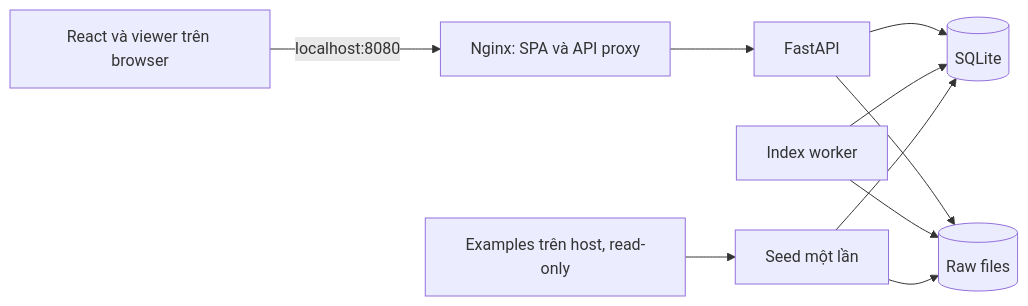
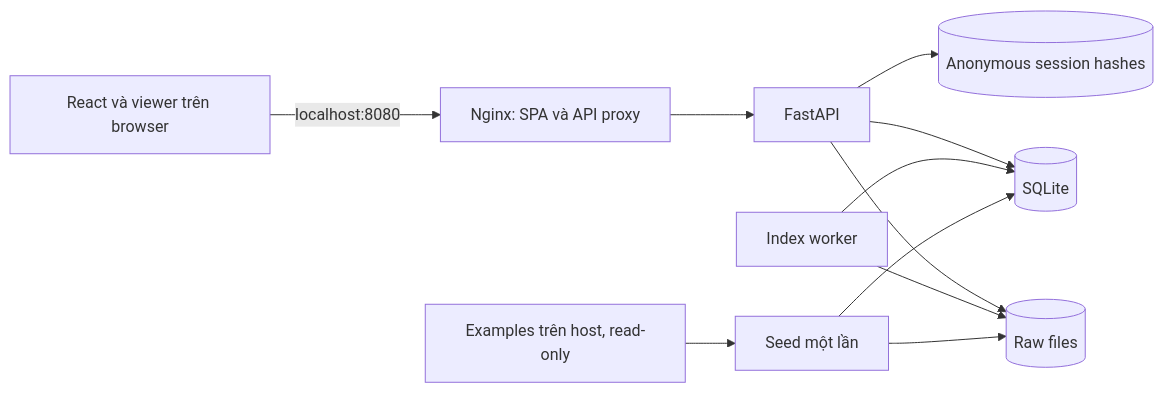
Before and after one commit to nguyen1oc/RNSA_knee_web_service: the diagram in knee-service-blueprint/04-architecture-data.md, drawn with Mermaid. The commit also changed other lines of this file and 48 other files, not shown here.

````diff
--- a/knee-service-blueprint/04-architecture-data.md
+++ b/knee-service-blueprint/04-architecture-data.md
@@ -9,12 +9,13 @@
 ```mermaid
 flowchart LR
     Browser[React và viewer trên browser] -->|localhost:8080| Web[Nginx: SPA và API proxy]
     Web --> API[FastAPI]
+    API --> Sessions[(Anonymous session hashes)]
     API --> DB[(SQLite)]
     API --> Files[(Raw files)]
     Worker[Index worker] --> DB
     Worker --> Files
     Examples[Examples trên host, read-only] --> Seed[Seed một lần]
     Seed --> DB
     Seed --> Files
 ```
````
